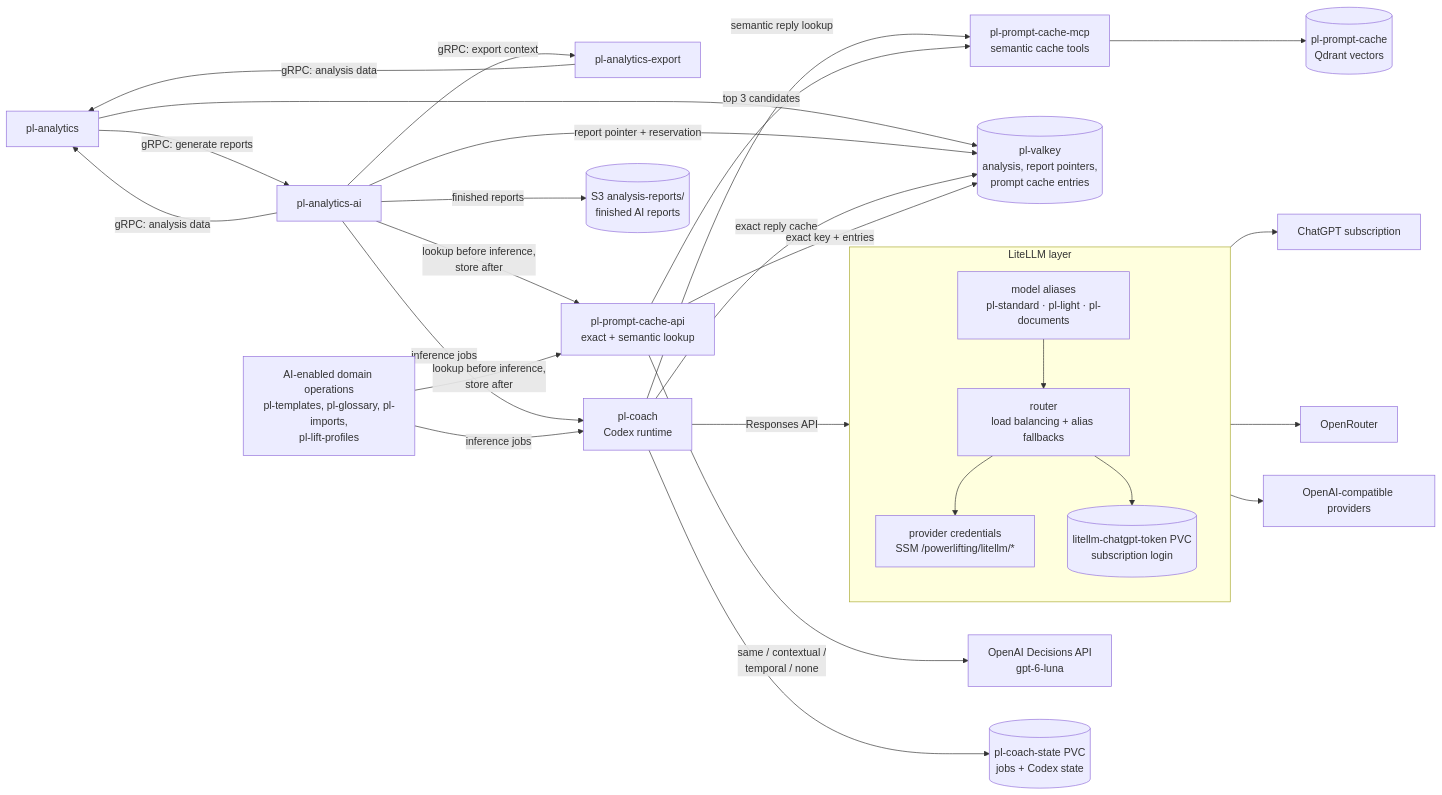
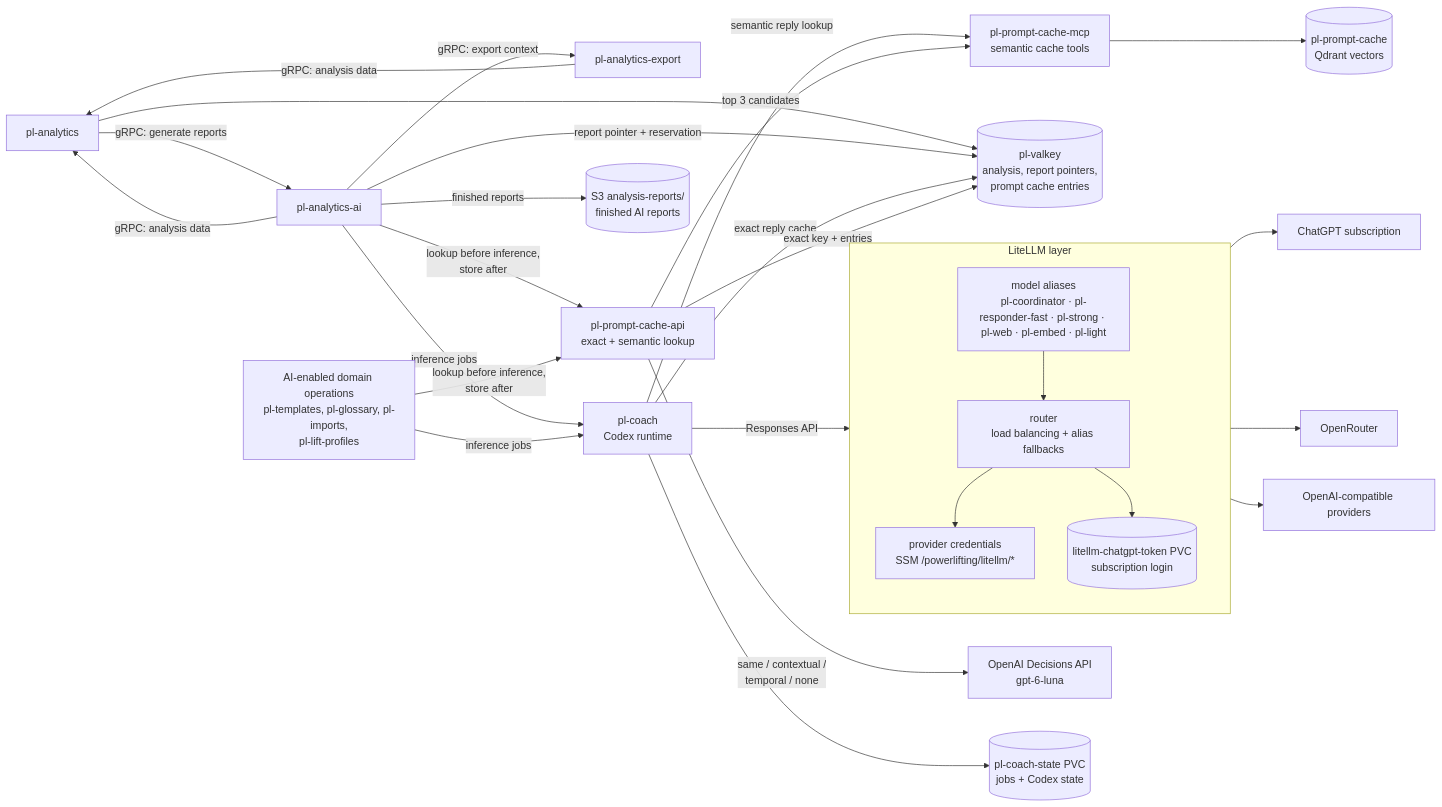
The fourth of 13 diagrams in docs/ARCHITECTURE.md (PierreStephaneVoltaire/ai-powerlifting), drawn with Mermaid before and after one commit. The commit also changed other lines of this file and 224 other files, not shown here.

````diff
--- a/docs/ARCHITECTURE.md
+++ b/docs/ARCHITECTURE.md
@@ -170,49 +179,49 @@
 ```mermaid
 flowchart LR
   Analytics["pl-analytics"]
   AI["pl-analytics-ai"]
   Export["pl-analytics-export"]
   Features["AI-enabled domain operations<br/>pl-templates, pl-glossary, pl-imports,<br/>pl-lift-profiles"]
   Coach["pl-coach<br/>Codex runtime"]
   Valkey[("pl-valkey<br/>analysis, report pointers,<br/>prompt cache entries")]
   PromptCache["pl-prompt-cache-api<br/>exact + semantic lookup"]
   CacheMCP["pl-prompt-cache-mcp<br/>semantic cache tools"]
   Decisions["OpenAI Decisions API<br/>gpt-6-luna"]
   Reports[("S3 analysis-reports/<br/>finished AI reports")]
   Qdrant[("pl-prompt-cache<br/>Qdrant vectors")]
   State[("pl-coach-state PVC<br/>jobs + Codex state")]
 
   subgraph LLM["LiteLLM layer"]
     direction TB
-    Aliases["model aliases<br/>pl-standard · pl-light · pl-documents"]
+    Aliases["model aliases<br/>pl-coordinator · pl-responder-fast · pl-strong · pl-web · pl-embed · pl-light"]
     Router["router<br/>load balancing + alias fallbacks"]
     Creds["provider credentials<br/>SSM /powerlifting/litellm/*"]
     Token[("litellm-chatgpt-token PVC<br/>subscription login")]
     Aliases --> Router --> Creds
     Router --> Token
   end
 
   ChatGPT["ChatGPT subscription"]
   OpenRouter["OpenRouter"]
   Compat["OpenAI-compatible providers"]
 
   Analytics -->|"gRPC: generate reports"| AI
   AI -->|"gRPC: analysis data"| Analytics
   AI -->|"gRPC: export context"| Export
   Export -->|"gRPC: analysis data"| Analytics
   AI -->|"inference jobs"| Coach
   Features -->|"inference jobs"| Coach
   Coach -->|"Responses API"| Aliases
   Router --> ChatGPT & OpenRouter & Compat
   Analytics --> Valkey
   AI -->|"report pointer + reservation"| Valkey
   AI -->|"finished reports"| Reports
   AI -->|"lookup before inference,<br/>store after"| PromptCache
   Features -->|"lookup before inference,<br/>store after"| PromptCache
   Coach -->|"exact reply cache"| Valkey
   Coach -->|"semantic reply lookup"| CacheMCP
   PromptCache -->|"exact key + entries"| Valkey
   PromptCache -->|"top 3 candidates"| CacheMCP --> Qdrant
   PromptCache -->|"same / contextual /<br/>temporal / none"| Decisions
   Coach --> State
 ```
````
